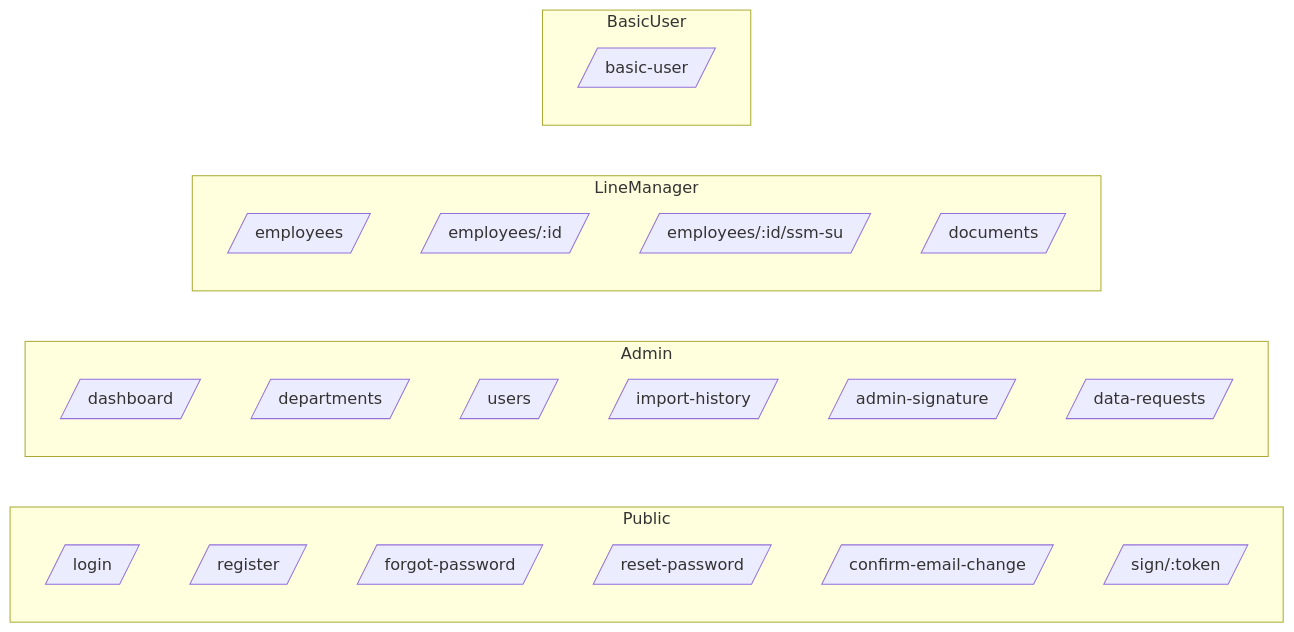
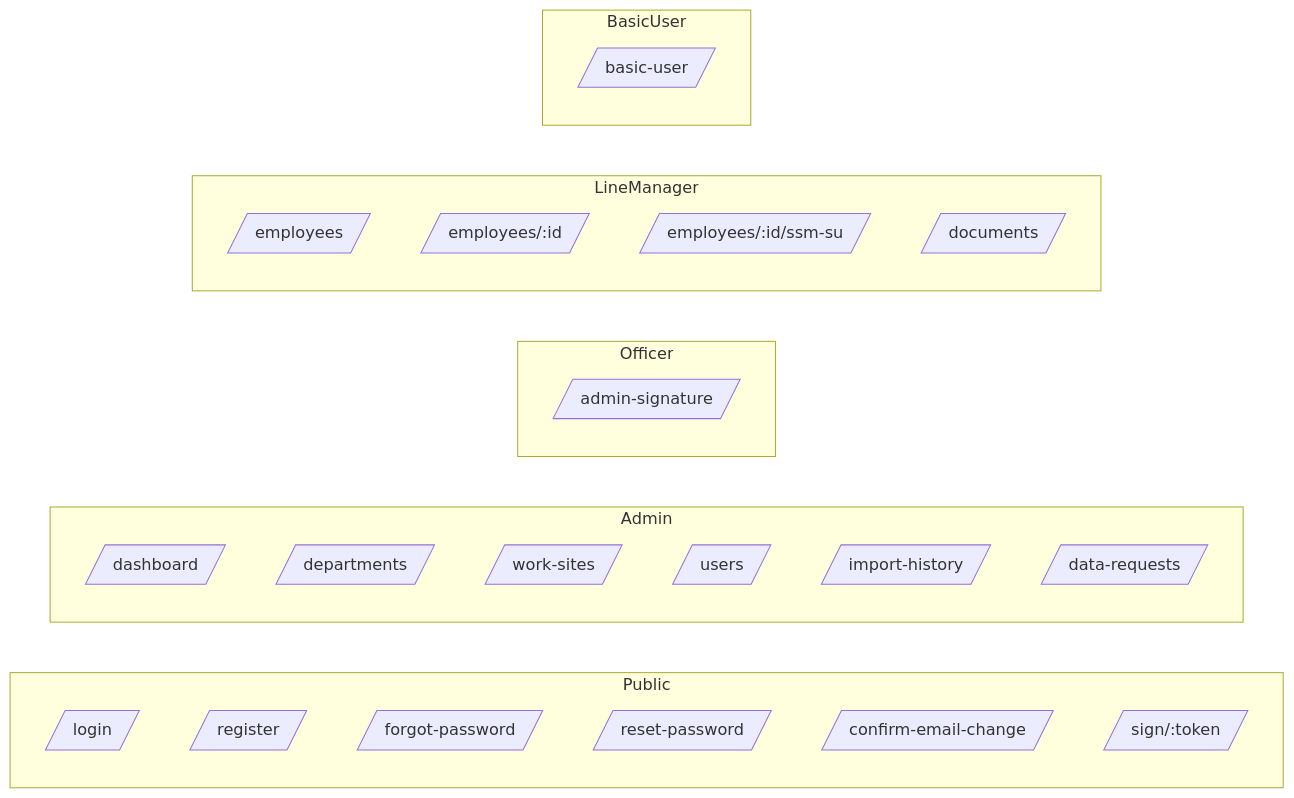
One commit to Tatu-Denis-Dimitrie/sync-app-26 changed the diagram in docs/06_client-app.md. Above: the diagram before and after it, drawn with Mermaid. The commit also changed other lines of this file and 8 other files, not shown here.

Commit message:
[UPDATE] - Enhanced documentation with new sections on work sites, rate limiting, and impersonation, updated CSV validation rules and signature processes clarified role assignments and access controls.

````diff
--- a/docs/06_client-app.md
+++ b/docs/06_client-app.md
@@ -53,31 +63,35 @@
 ```mermaid
 flowchart LR
 	subgraph Public
 		Login[/login/]
 		Register[/register/]
 		Forgot[/forgot-password/]
 		Reset[/reset-password/]
 		Confirm[/confirm-email-change/]
 		Sign[/sign/:token/]
 	end
 
 	subgraph Admin
 		Dashboard[/dashboard/]
 		Departments[/departments/]
+		WorkSites[/work-sites/]
 		Users[/users/]
 		ImportHistory[/import-history/]
+		DataRequests[/data-requests/]
+	end
+
+	subgraph Officer
 		AdminSignature[/admin-signature/]
-		DataRequests[/data-requests/]
 	end
 
 	subgraph LineManager
 		Employees[/employees/]
 		EmployeeDetail[/employees/:id/]
 		SsmSu[/employees/:id/ssm-su/]
 		Documents[/documents/]
 	end
 
 	subgraph BasicUser
 		Basic[/basic-user/]
 	end
 ```
````
